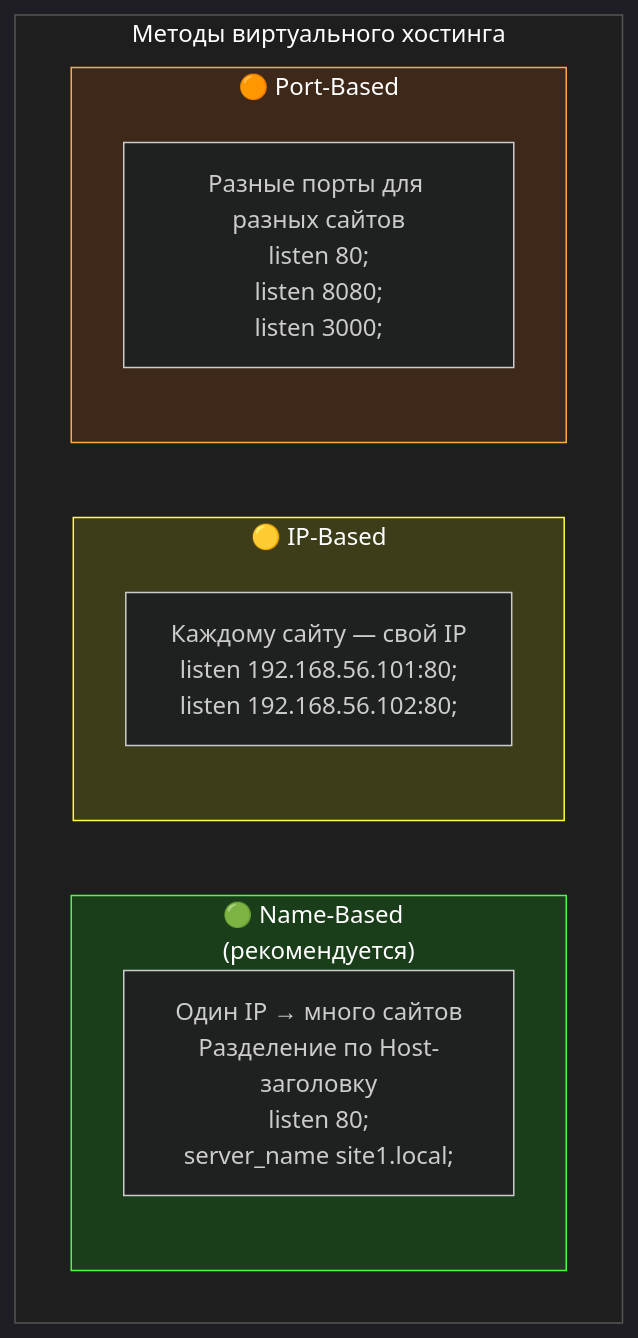
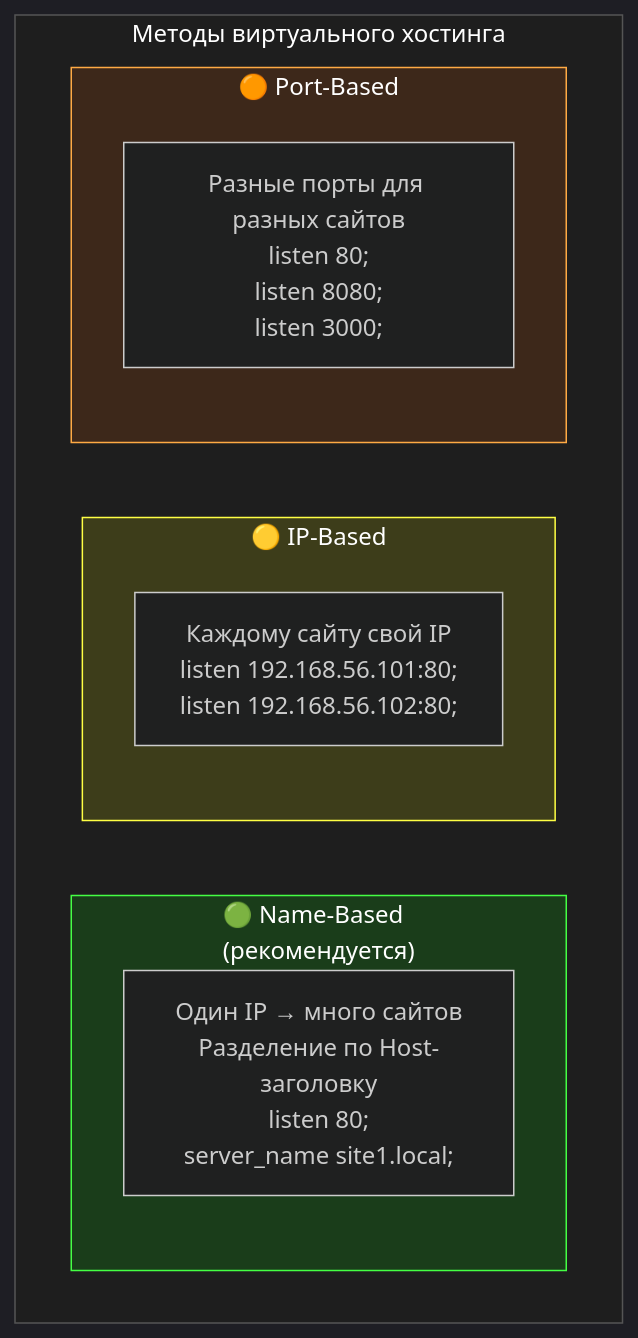
One commit to Mohanad0101/files changed the third of 12 diagrams in src/README.md. Above: the diagram before and after it, drawn with Mermaid. The commit also changed other lines of this file, not shown here.

````diff
--- a/src/README.md
+++ b/src/README.md
@@ -242,24 +237,24 @@
 ```mermaid
 %%{init: {'theme': 'dark'}}%%
 graph TB
     subgraph Methods["Методы виртуального хостинга"]
         direction LR
 
         subgraph NameBased["🟢 Name-Based<br/>(рекомендуется)"]
             NB["Один IP → много сайтов<br/>Разделение по Host-заголовку<br/>listen 80;<br/>server_name site1.local;"]
         end
 
         subgraph IPBased["🟡 IP-Based"]
-            IP["Каждому сайту — свой IP<br/>listen 192.168.56.101:80;<br/>listen 192.168.56.102:80;"]
+            IP["Каждому сайту  свой IP<br/>listen 192.168.56.101:80;<br/>listen 192.168.56.102:80;"]
         end
 
         subgraph PortBased["🟠 Port-Based"]
             PB["Разные порты для разных сайтов<br/>listen 80;<br/>listen 8080;<br/>listen 3000;"]
         end
     end
 
     style Methods fill:#1e1e1e,stroke:#555,color:#fff
     style NameBased fill:#1a3d1a,stroke:#44ff44,color:#fff
     style IPBased fill:#3d3d1a,stroke:#ffff44,color:#fff
     style PortBased fill:#3d281a,stroke:#ffaa44,color:#fff
 ```
````
